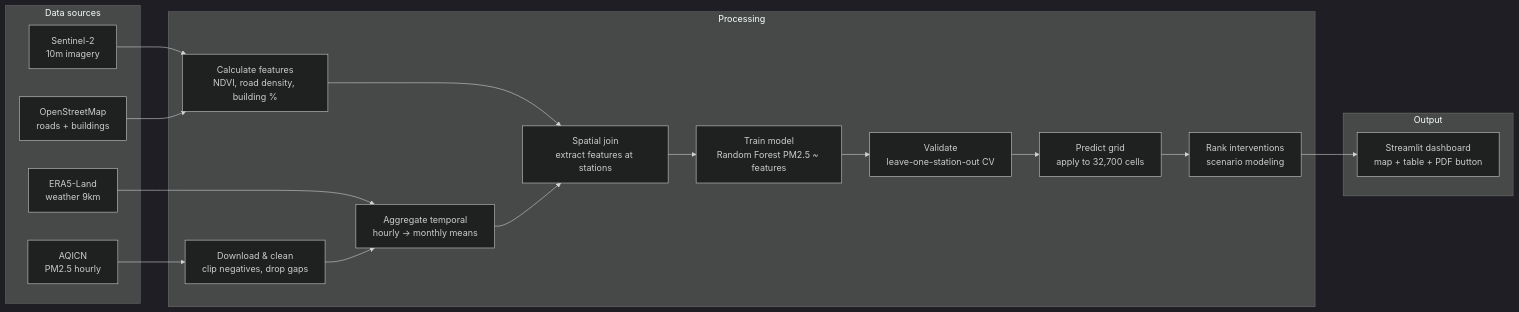
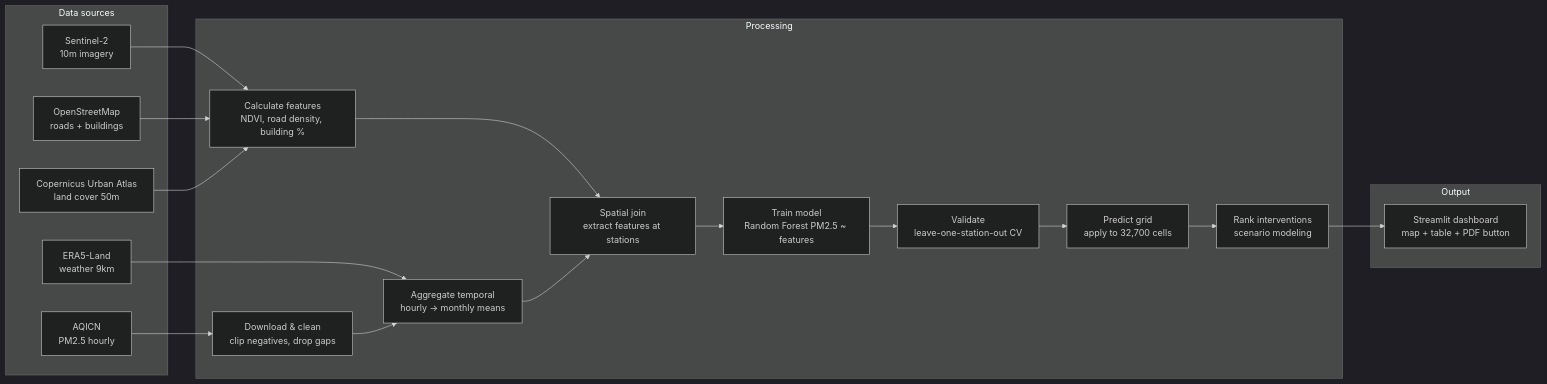
One commit to RashiD2801/Surround changed the diagram in docs/system-sketch-v0.md. Above: the diagram before and after it, drawn with Mermaid (dark theme). The commit also changed other lines of this file and 6 other files, not shown here.

Commit message:
edits to include Urban Atlas  and formalize the haze test

````diff
--- a/docs/system-sketch-v0.md
+++ b/docs/system-sketch-v0.md
@@ -3,35 +3,37 @@
 ```mermaid
 flowchart LR
     subgraph sources [Data sources]
         A[AQICN<br/>PM2.5 hourly]
         B[Sentinel-2<br/>10m imagery]
         C[OpenStreetMap<br/>roads + buildings]
         D[ERA5-Land<br/>weather 9km]
+        UA[Copernicus Urban Atlas<br/>land cover 50m]
     end
     subgraph processing [Processing]
         E[Download & clean<br/>clip negatives, drop gaps]
         F[Calculate features<br/>NDVI, road density, building %]
         G[Aggregate temporal<br/>hourly → monthly means]
         H[Spatial join<br/>extract features at stations]
         I[Train model<br/>Random Forest PM2.5 ~ features]
         J[Validate<br/>leave-one-station-out CV]
         K[Predict grid<br/>apply to 32,700 cells]
         L[Rank interventions<br/>scenario modeling]
     end
     subgraph output [Output]
         M[Streamlit dashboard<br/>map + table + PDF button]
     end
     
     A --> E
     B --> F
     C --> F
+    UA --> F
     D --> G
     E --> G
     F --> H
     G --> H
     H --> I
     I --> J
     J --> K
     K --> L
     L --> M
 ```
````
